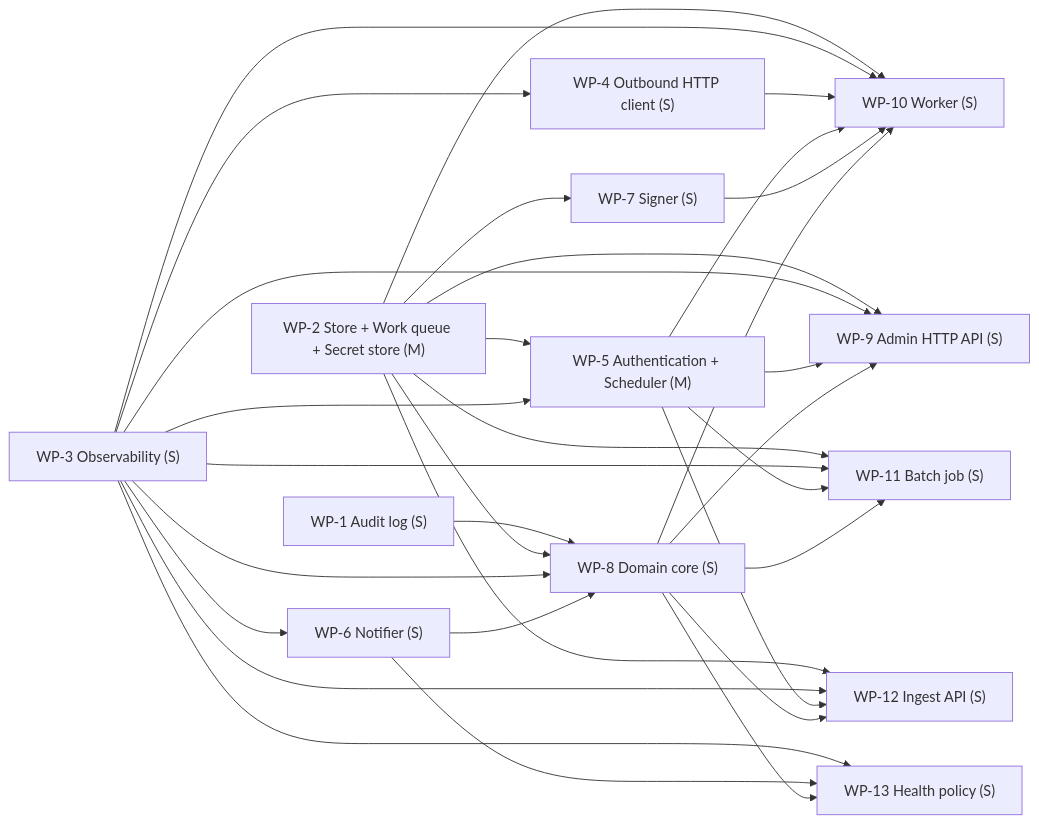
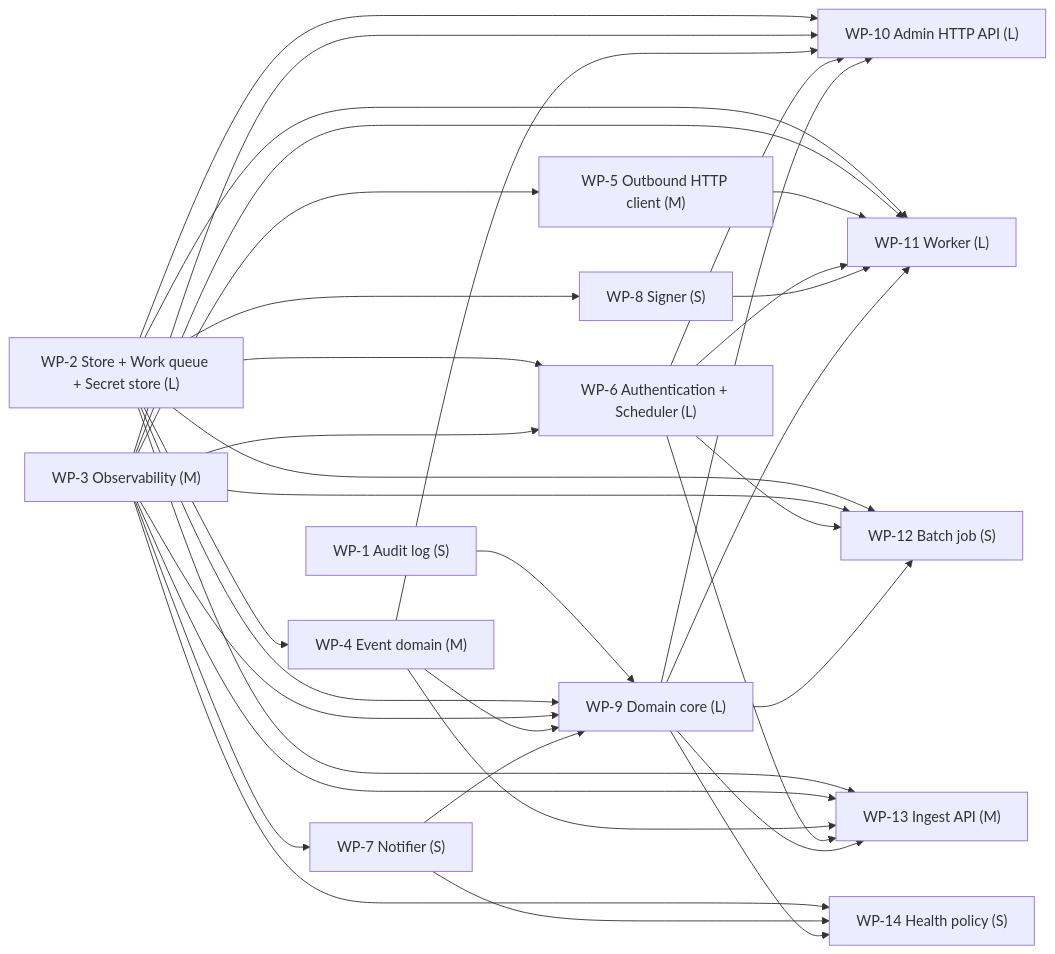
Before and after one commit to yui9696/sekkei: the eighth of 8 diagrams in examples/webhooks/DESIGN.md, drawn with Mermaid. The commit also changed other lines of this file and 39 other files, not shown here.

````diff
--- a/examples/webhooks/DESIGN.md
+++ b/examples/webhooks/DESIGN.md
@@ -1137,46 +1150,51 @@
 ```mermaid
 graph LR
   WP_1["WP-1 Audit log (S)"]
-  WP_2["WP-2 Store + Work queue + Secret store (M)"]
-  WP_3["WP-3 Observability (S)"]
-  WP_4["WP-4 Outbound HTTP client (S)"]
-  WP_5["WP-5 Authentication + Scheduler (M)"]
-  WP_6["WP-6 Notifier (S)"]
-  WP_7["WP-7 Signer (S)"]
-  WP_8["WP-8 Domain core (S)"]
-  WP_9["WP-9 Admin HTTP API (S)"]
-  WP_10["WP-10 Worker (S)"]
-  WP_11["WP-11 Batch job (S)"]
-  WP_12["WP-12 Ingest API (S)"]
-  WP_13["WP-13 Health policy (S)"]
-  WP_3 --> WP_4
-  WP_2 --> WP_5
+  WP_2["WP-2 Store + Work queue + Secret store (L)"]
+  WP_3["WP-3 Observability (M)"]
+  WP_4["WP-4 Event domain (M)"]
+  WP_5["WP-5 Outbound HTTP client (M)"]
+  WP_6["WP-6 Authentication + Scheduler (L)"]
+  WP_7["WP-7 Notifier (S)"]
+  WP_8["WP-8 Signer (S)"]
+  WP_9["WP-9 Domain core (L)"]
+  WP_10["WP-10 Admin HTTP API (L)"]
+  WP_11["WP-11 Worker (L)"]
+  WP_12["WP-12 Batch job (S)"]
+  WP_13["WP-13 Ingest API (M)"]
+  WP_14["WP-14 Health policy (S)"]
+  WP_2 --> WP_4
   WP_3 --> WP_5
+  WP_2 --> WP_6
   WP_3 --> WP_6
-  WP_2 --> WP_7
-  WP_1 --> WP_8
+  WP_3 --> WP_7
   WP_2 --> WP_8
-  WP_3 --> WP_8
-  WP_6 --> WP_8
+  WP_1 --> WP_9
   WP_2 --> WP_9
   WP_3 --> WP_9
-  WP_5 --> WP_9
-  WP_8 --> WP_9
+  WP_4 --> WP_9
+  WP_7 --> WP_9
   WP_2 --> WP_10
   WP_3 --> WP_10
   WP_4 --> WP_10
-  WP_5 --> WP_10
-  WP_7 --> WP_10
-  WP_8 --> WP_10
+  WP_6 --> WP_10
+  WP_9 --> WP_10
   WP_2 --> WP_11
   WP_3 --> WP_11
   WP_5 --> WP_11
+  WP_6 --> WP_11
   WP_8 --> WP_11
+  WP_9 --> WP_11
   WP_2 --> WP_12
   WP_3 --> WP_12
-  WP_5 --> WP_12
-  WP_8 --> WP_12
+  WP_6 --> WP_12
+  WP_9 --> WP_12
+  WP_2 --> WP_13
   WP_3 --> WP_13
+  WP_4 --> WP_13
   WP_6 --> WP_13
-  WP_8 --> WP_13
+  WP_9 --> WP_13
+  WP_3 --> WP_14
+  WP_7 --> WP_14
+  WP_9 --> WP_14
 ```
````
